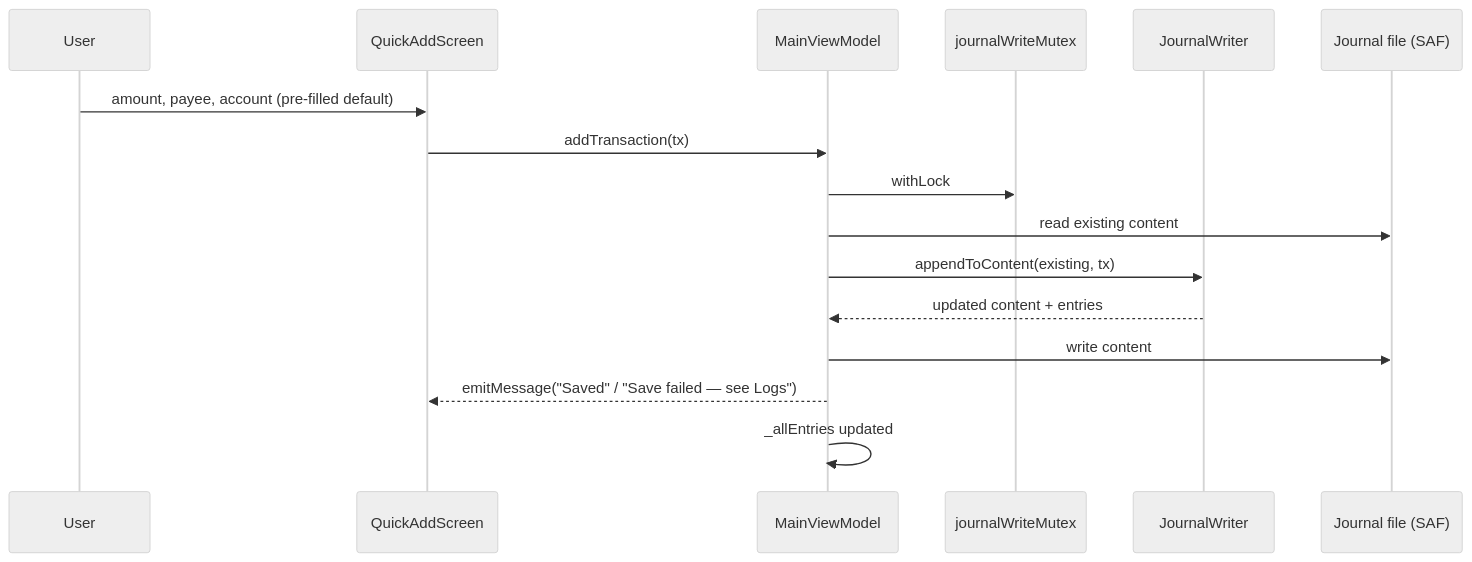
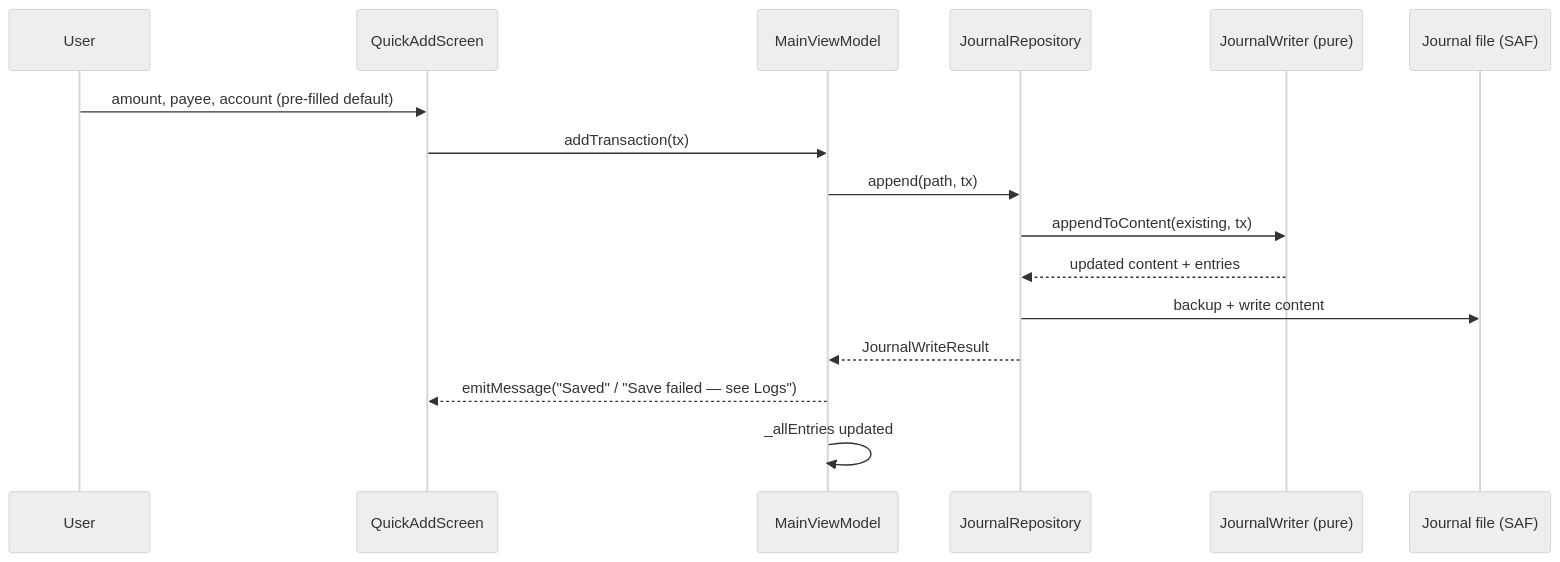
One commit to ukizet/NotifLedger changed the third of 8 diagrams in docs/architecture.md. Above: the diagram before and after it, drawn with Mermaid (neutral theme). The commit also changed other lines of this file and 23 other files, not shown here.

Commit message:
fix review findings: body-first amounts, repository journal I/O, off-main listener

````diff
--- a/docs/architecture.md
+++ b/docs/architecture.md
@@ -119,19 +131,19 @@
 ```mermaid
 sequenceDiagram
     participant U as User
     participant QA as QuickAddScreen
     participant VM as MainViewModel
-    participant M as journalWriteMutex
-    participant J as JournalWriter
+    participant R as JournalRepository
+    participant J as JournalWriter (pure)
     participant SAF as Journal file (SAF)
 
     U->>QA: amount, payee, account (pre-filled default)
     QA->>VM: addTransaction(tx)
-    VM->>M: withLock
-    VM->>SAF: read existing content
-    VM->>J: appendToContent(existing, tx)
-    J-->>VM: updated content + entries
-    VM->>SAF: write content
+    VM->>R: append(path, tx)
+    R->>J: appendToContent(existing, tx)
+    J-->>R: updated content + entries
+    R->>SAF: backup + write content
+    R-->>VM: JournalWriteResult
     VM-->>QA: emitMessage("Saved" / "Save failed — see Logs")
     VM->>VM: _allEntries updated
 ```
````
